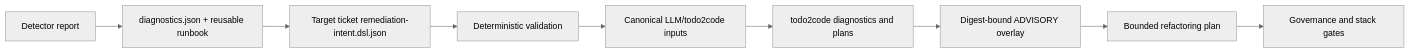
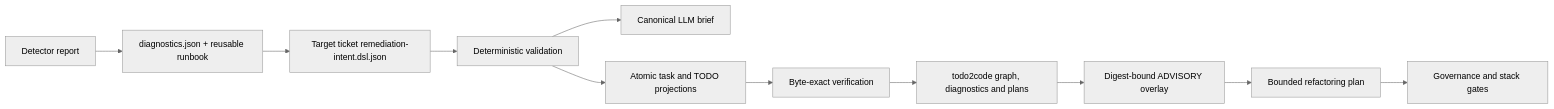
One commit to wellmanifest/new-project changed the diagram in docs/DIAGNOSTIC_REMEDIATION_DSL.md. Above: the diagram before and after it, drawn with Mermaid (neutral theme). The commit also changed other lines of this file and 13 other files, not shown here.

Commit message:
[ticket-073] make remediation projections atomic

````diff
--- a/docs/DIAGNOSTIC_REMEDIATION_DSL.md
+++ b/docs/DIAGNOSTIC_REMEDIATION_DSL.md
@@ -8,11 +8,13 @@
 ```mermaid
 flowchart LR
   detector[Detector report] --> catalog[diagnostics.json + reusable runbook]
   catalog --> intent[Target ticket remediation-intent.dsl.json]
   intent --> validate[Deterministic validation]
-  validate --> brief[Canonical LLM/todo2code inputs]
-  brief --> t2c[todo2code diagnostics and plans]
+  validate --> brief[Canonical LLM brief]
+  validate --> projection[Atomic task and TODO projections]
+  projection --> verify[Byte-exact verification]
+  verify --> t2c[todo2code graph, diagnostics and plans]
   t2c --> overlay[Digest-bound ADVISORY overlay]
   overlay --> refactor[Bounded refactoring plan]
   refactor --> gate[Governance and stack gates]
 ```
````
